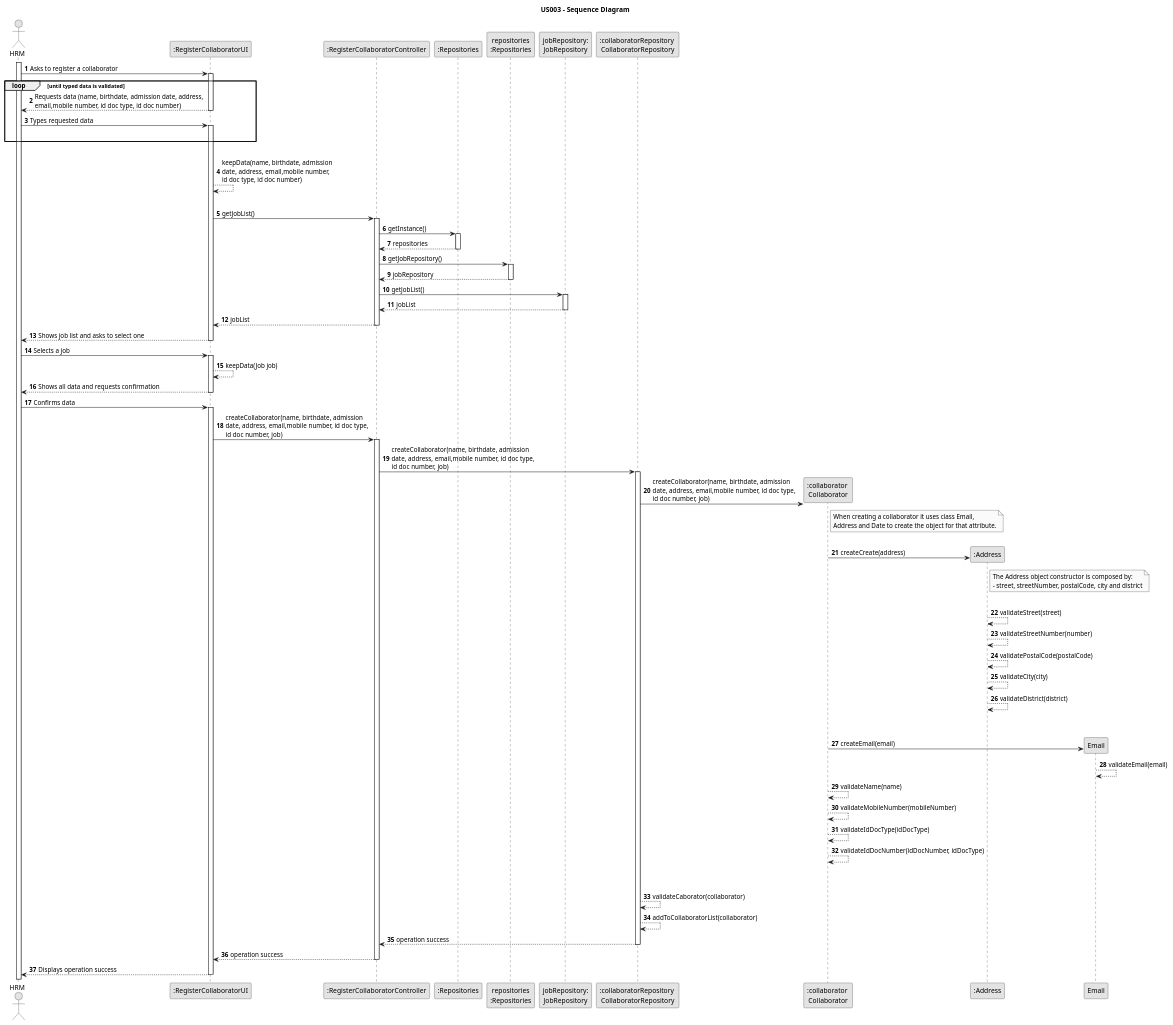
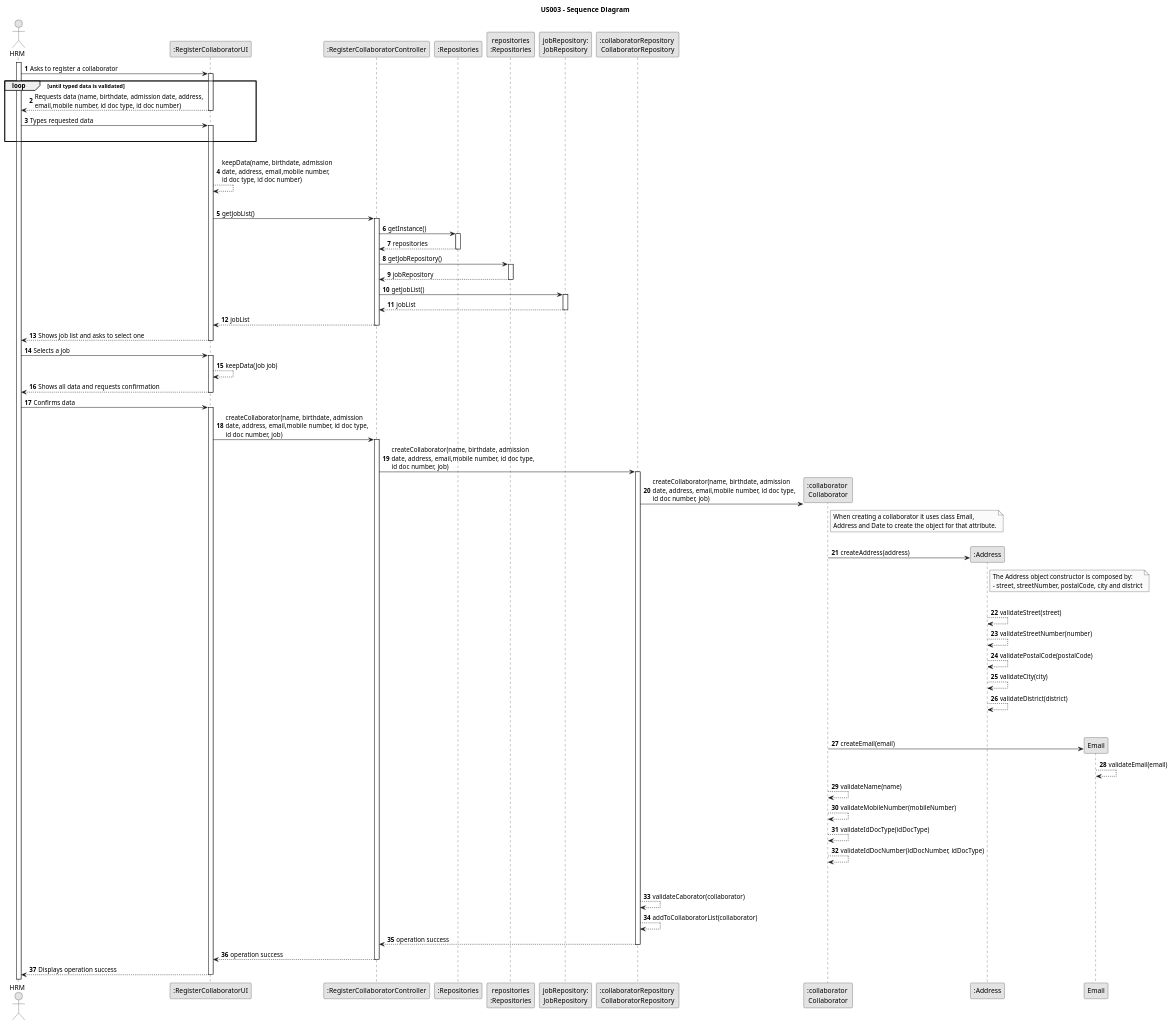
One commit to Rui-San/LAPR2_2023_2024 changed the diagram in docs/sprintB/us003/03.design/puml/us003-sequence-diagram.puml. Above: the diagram before and after it, drawn with PlantUML. The commit also changed 4 other files, not shown here.

```diff
--- a/docs/sprintB/us003/03.design/puml/us003-sequence-diagram.puml
+++ b/docs/sprintB/us003/03.design/puml/us003-sequence-diagram.puml
@@ -1,138 +1,138 @@
 @startuml
 skinparam monochrome true
 skinparam packageStyle rectangle
 skinparam shadowing false
 
 title US003 - Sequence Diagram
 
 autonumber
 
 actor "HRM" as HRM
 participant ":RegisterCollaboratorUI" as UI
 participant ":RegisterCollaboratorController" as CTRL
 participant ":Repositories" as RepositorySingleton
 participant "repositories\n:Repositories" as PLAT
 participant "jobRepository:\nJobRepository" as JobRepository
 participant ":collaboratorRepository \nCollaboratorRepository" as COLREP
 participant ":collaborator \nCollaborator" as COL
 participant ":Address" as Address
 
 activate HRM
 
     HRM -> UI : Asks to register a collaborator
 
     activate UI
     loop until typed data is validated
 
         UI --> HRM : Requests data (name, birthdate, admission date, address, \nemail,mobile number, id doc type, id doc number)
     deactivate UI
 
 
 
     HRM -> UI : Types requested data
 
 
     activate UI
     |||
 
     end
     |||
         UI --> UI : keepData(name, birthdate, admission\ndate, address, email,mobile number,\nid doc type, id doc number)
         |||
         UI -> CTRL : getJobList()
 
 
         activate CTRL
 
             CTRL -> RepositorySingleton : getInstance()
 
             activate RepositorySingleton
 
             RepositorySingleton --> CTRL : repositories
             deactivate RepositorySingleton
 
             CTRL -> PLAT : getJobRepository()
             activate PLAT
 
             PLAT --> CTRL : jobRepository
             deactivate PLAT
 
             CTRL -> JobRepository : getJobList()
             activate JobRepository
 
             JobRepository --> CTRL : jobList
             deactivate JobRepository
 
             CTRL --> UI : jobList
         deactivate CTRL
 
         UI --> HRM : Shows job list and asks to select one
     deactivate UI
 
     HRM -> UI : Selects a job
 
     activate UI
 
         UI --> UI : keepData(Job job)
         UI --> HRM : Shows all data and requests confirmation
     deactivate UI
 
 
     HRM -> UI : Confirms data
 
     activate UI
 
         UI -> CTRL : createCollaborator(name, birthdate, admission\ndate, address, email,mobile number, id doc type,\nid doc number, job)
         activate CTRL
 
 
 
             CTRL -> COLREP : createCollaborator(name, birthdate, admission\ndate, address, email,mobile number, id doc type,\nid doc number, job)
             activate COLREP
 
                 COLREP -> COL** : createCollaborator(name, birthdate, admission\ndate, address, email,mobile number, id doc type,\nid doc number, job)
                 note right of COL : When creating a collaborator it uses class Email,\nAddress and Date to create the object for that attribute.
 
                |||
-                COL -> Address** : createCreate(address)
+                COL -> Address** : createAddress(address)
 
                 note right of Address: The Address object constructor is composed by:\n- street, streetNumber, postalCode, city and district
                 |||
                 Address --> Address : validateStreet(street)
                 Address --> Address : validateStreetNumber(number)
                 Address --> Address : validatePostalCode(postalCode)
                 Address --> Address : validateCity(city)
                 Address --> Address : validateDistrict(district)
 
                 |||
                 |||
 
 
 
                 COL -> Email** : createEmail(email)
 
                 Email --> Email : validateEmail(email)
                 COL --> COL : validateName(name)
                 COL --> COL : validateMobileNumber(mobileNumber)
                 COL --> COL : validateIdDocType(idDocType)
                 COL --> COL : validateIdDocNumber(idDocNumber, idDocType)
 
 
                 |||
                 |||
 
                 COLREP --> COLREP : validateCaborator(collaborator)
                 COLREP --> COLREP : addToCollaboratorList(collaborator)
                 COLREP --> CTRL : operation success
 
             deactivate COLREP
 
             CTRL --> UI : operation success
         deactivate CTRL
 
         UI --> HRM : Displays operation success
     deactivate UI
 
 
 
 @enduml
```
